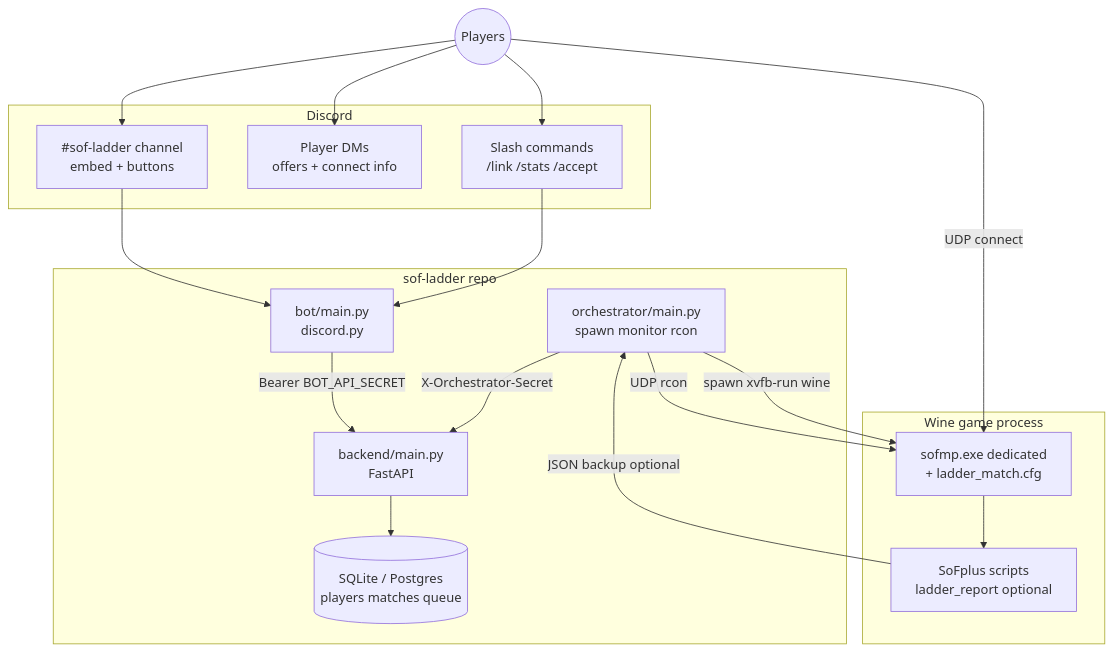
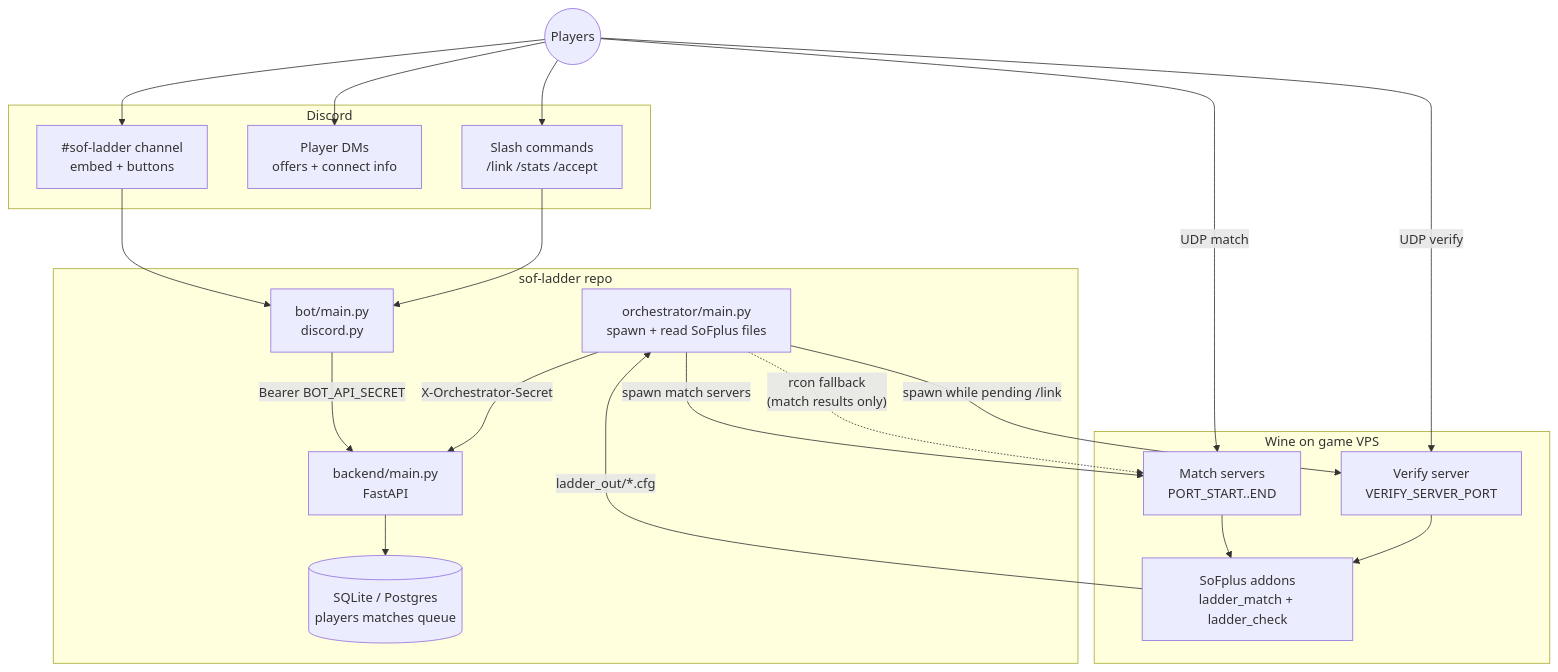
Before and after one commit to d3nd3/sof-ladder: the first of 8 diagrams in README.md, drawn with Mermaid. The commit also changed other lines of this file and 30 other files, not shown here.

````diff
--- a/README.md
+++ b/README.md
@@ -9,36 +9,40 @@
 ```mermaid
 flowchart TB
   subgraph discord [Discord]
     LadderChannel["#sof-ladder channel\nembed + buttons"]
     DMs["Player DMs\noffers + connect info"]
     Slash["Slash commands\n/link /stats /accept"]
   end
 
   subgraph sof_ladder [sof-ladder repo]
     Bot["bot/main.py\ndiscord.py"]
     API["backend/main.py\nFastAPI"]
     DB[("SQLite / Postgres\nplayers matches queue")]
-    Orch["orchestrator/main.py\nspawn monitor rcon"]
+    Orch["orchestrator/main.py\nspawn + read SoFplus files"]
   end
 
-  subgraph game_host [Wine game process]
-    WineSrv["sofmp.exe dedicated\n+ ladder_match.cfg"]
-    SoFplus["SoFplus scripts\nladder_report optional"]
+  subgraph game_host [Wine on game VPS]
+    MatchSrv["Match servers\nPORT_START..END"]
+    VerifySrv["Verify server\nVERIFY_SERVER_PORT"]
+    SoFplus["SoFplus addons\nladder_match + ladder_check"]
   end
 
   Players((Players))
 
   Players --> LadderChannel
   Players --> Slash
   Players --> DMs
   LadderChannel --> Bot
   Slash --> Bot
   Bot -->|"Bearer BOT_API_SECRET"| API
   API --> DB
   Orch -->|"X-Orchestrator-Secret"| API
-  Orch -->|"UDP rcon"| WineSrv
-  Orch -->|"spawn xvfb-run wine"| WineSrv
-  WineSrv --> SoFplus
-  SoFplus -->|"JSON backup optional"| Orch
-  Players -->|"UDP connect"| WineSrv
+  Orch -->|"spawn match servers"| MatchSrv
+  Orch -->|"spawn while pending /link"| VerifySrv
+  MatchSrv --> SoFplus
+  VerifySrv --> SoFplus
+  SoFplus -->|"ladder_out/*.cfg"| Orch
+  Orch -.->|"rcon fallback\n(match results only)"| MatchSrv
+  Players -->|"UDP verify"| VerifySrv
+  Players -->|"UDP match"| MatchSrv
 ```
````
